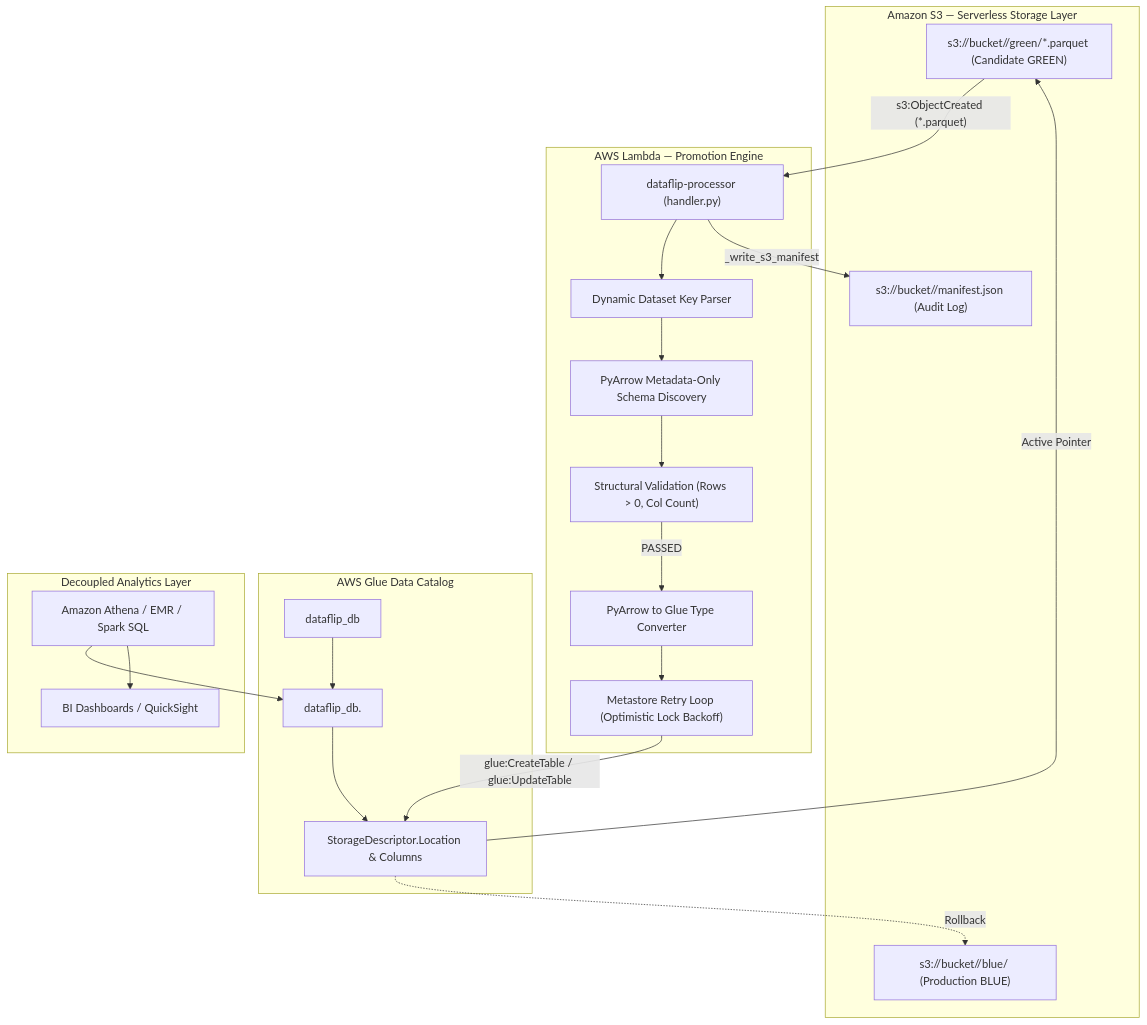
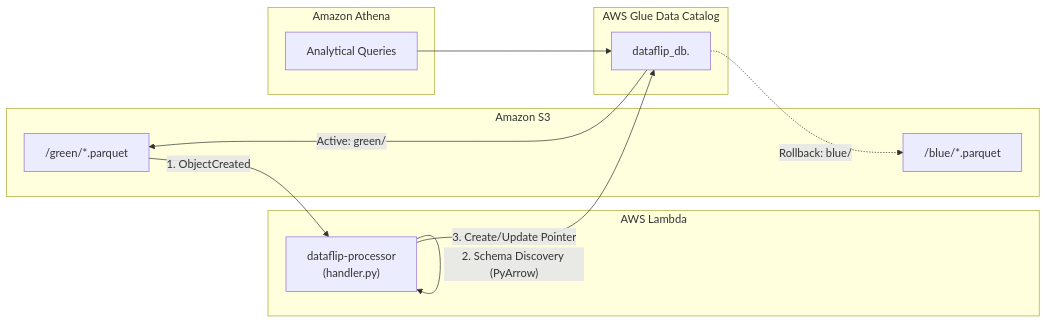
The diagram in README.md (sanmathik8/Dataflip), drawn with Mermaid before and after one commit. The commit also changed other lines of this file, not shown here.

Commit message:
Docs: simplify README to focus purely on implemented architecture

````diff
--- a/README.md
+++ b/README.md
@@ -60,43 +17,26 @@
 ```mermaid
-flowchart TD
-    subgraph Storage [Amazon S3 — Serverless Storage Layer]
-        S3_GREEN["s3://bucket/<dataset_name>/green/*.parquet (Candidate GREEN)"]
-        S3_BLUE["s3://bucket/<dataset_name>/blue/ (Production BLUE)"]
-        S3_MANIFEST["s3://bucket/<dataset_name>/manifest.json (Audit Log)"]
+flowchart LR
+    subgraph S3 [Amazon S3]
+        GREEN["<dataset>/green/*.parquet"]
+        BLUE["<dataset>/blue/*.parquet"]
     end
 
-    subgraph Compute [AWS Lambda — Promotion Engine]
-        LAMBDA["dataflip-processor (handler.py)"]
-        PARSER["Dynamic Dataset Key Parser"]
-        ARROW["PyArrow Metadata-Only Schema Discovery"]
-        VALIDATOR["Structural Validation (Rows > 0, Col Count)"]
-        TYPE_MAP["PyArrow to Glue Type Converter"]
-        RETRY_LOOP["Metastore Retry Loop (Optimistic Lock Backoff)"]
+    subgraph Compute [AWS Lambda]
+        LAMBDA["dataflip-processor<br/>(handler.py)"]
     end
 
     subgraph Catalog [AWS Glue Data Catalog]
-        GLUE_DB["dataflip_db"]
-        GLUE_TABLE["dataflip_db.<dataset_name>"]
-        POINTER["StorageDescriptor.Location & Columns"]
+        GLUE["dataflip_db.<dataset>"]
     end
 
-    subgraph Analytics [Decoupled Analytics Layer]
-        ATHENA["Amazon Athena / EMR / Spark SQL"]
-        BI["BI Dashboards / QuickSight"]
+    subgraph Analytics [Amazon Athena]
+        ATHENA["Analytical Queries"]
     end
 
-    S3_GREEN -- "s3:ObjectCreated (*.parquet)" --> LAMBDA
-    LAMBDA --> PARSER
-    PARSER --> ARROW
-    ARROW --> VALIDATOR
-    VALIDATOR -->|PASSED| TYPE_MAP
-    TYPE_MAP --> RETRY_LOOP
-    RETRY_LOOP -->|glue:CreateTable / glue:UpdateTable| POINTER
-    POINTER -->|Active Pointer| S3_GREEN
-    POINTER -. Rollback .-> S3_BLUE
-    GLUE_DB --> GLUE_TABLE
-    GLUE_TABLE --> POINTER
-    ATHENA --> GLUE_TABLE
-    ATHENA --> BI
-    LAMBDA -->|_write_s3_manifest| S3_MANIFEST
+    GREEN -- "1. ObjectCreated" --> LAMBDA
+    LAMBDA -- "2. Schema Discovery (PyArrow)" --> LAMBDA
+    LAMBDA -- "3. Create/Update Pointer" --> GLUE
+    GLUE -- "Active: green/" --> GREEN
+    GLUE -. "Rollback: blue/" .-> BLUE
+    ATHENA --> GLUE
 ```
````
